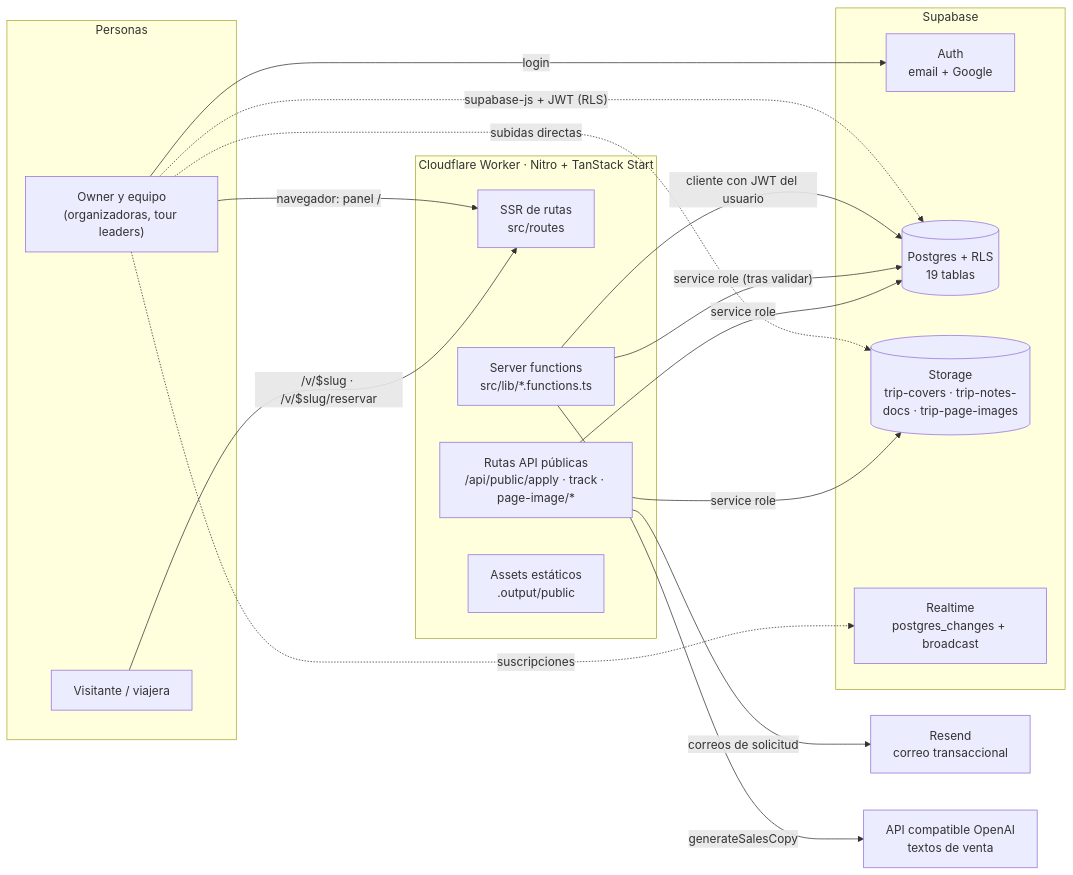
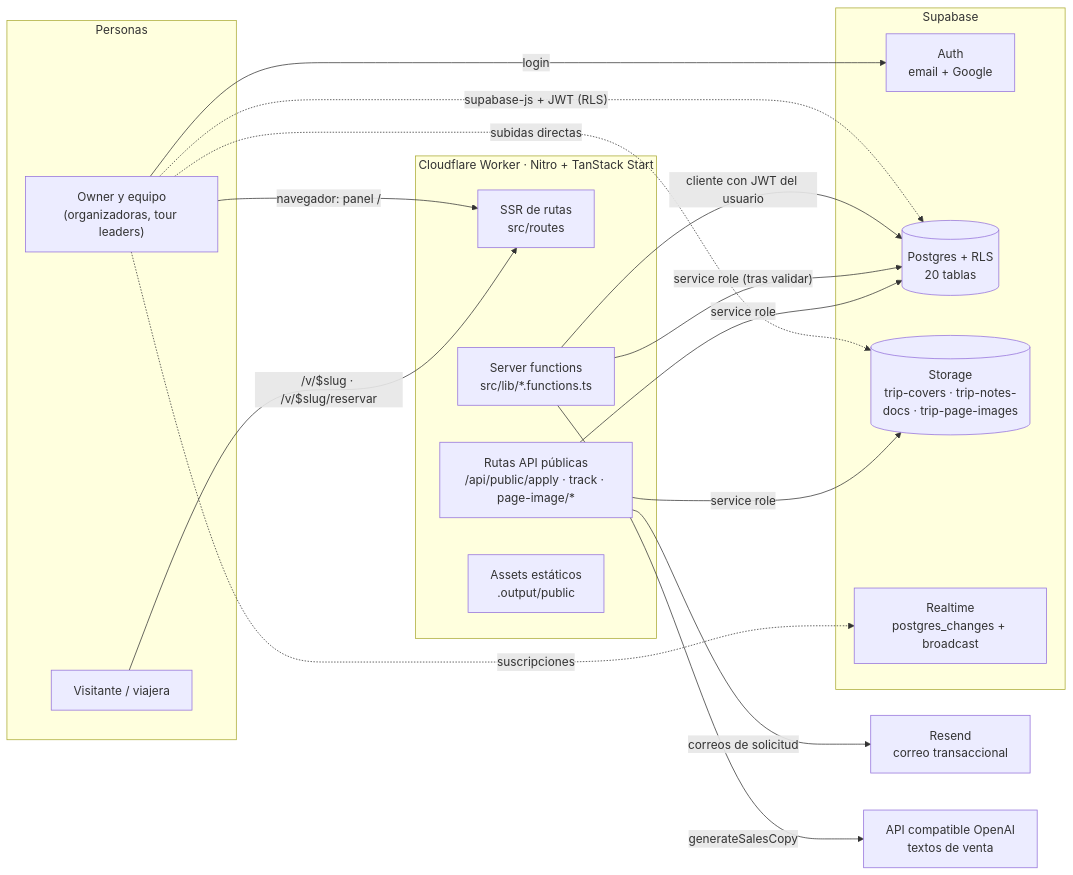
The first of 5 diagrams in docs/arquitectura.md (gaby26203/planeii), drawn with Mermaid before and after one commit. The commit also changed other lines of this file and 15 other files, not shown here.

````diff
--- a/docs/arquitectura.md
+++ b/docs/arquitectura.md
@@ -16,37 +16,37 @@
 ```mermaid
 flowchart LR
   subgraph Personas
     ORG["Owner y equipo<br/>(organizadoras, tour leaders)"]
     VIS["Visitante / viajera"]
   end
 
   subgraph Worker["Cloudflare Worker · Nitro + TanStack Start"]
     SSR["SSR de rutas<br/>src/routes"]
     SF["Server functions<br/>src/lib/*.functions.ts"]
     API["Rutas API públicas<br/>/api/public/apply · track · page-image/*"]
     ASSETS["Assets estáticos<br/>.output/public"]
   end
 
   subgraph Supabase
     AUTH["Auth<br/>email + Google"]
-    PG[("Postgres + RLS<br/>19 tablas")]
+    PG[("Postgres + RLS<br/>20 tablas")]
     ST[("Storage<br/>trip-covers · trip-notes-docs · trip-page-images")]
     RT["Realtime<br/>postgres_changes + broadcast"]
   end
 
   RESEND["Resend<br/>correo transaccional"]
   LLM["API compatible OpenAI<br/>textos de venta"]
 
   ORG -->|"navegador: panel /"| SSR
   VIS -->|"/v/$slug · /v/$slug/reservar"| SSR
   ORG -. "supabase-js + JWT (RLS)" .-> PG
   ORG -. "subidas directas" .-> ST
   ORG -. "suscripciones" .-> RT
   ORG -->|"login"| AUTH
   SF -->|"cliente con JWT del usuario"| PG
   SF -->|"service role (tras validar)"| PG
   API -->|"service role"| PG
   API -->|"service role"| ST
   API -->|"correos de solicitud"| RESEND
   SF -->|"generateSalesCopy"| LLM
 ```
````
